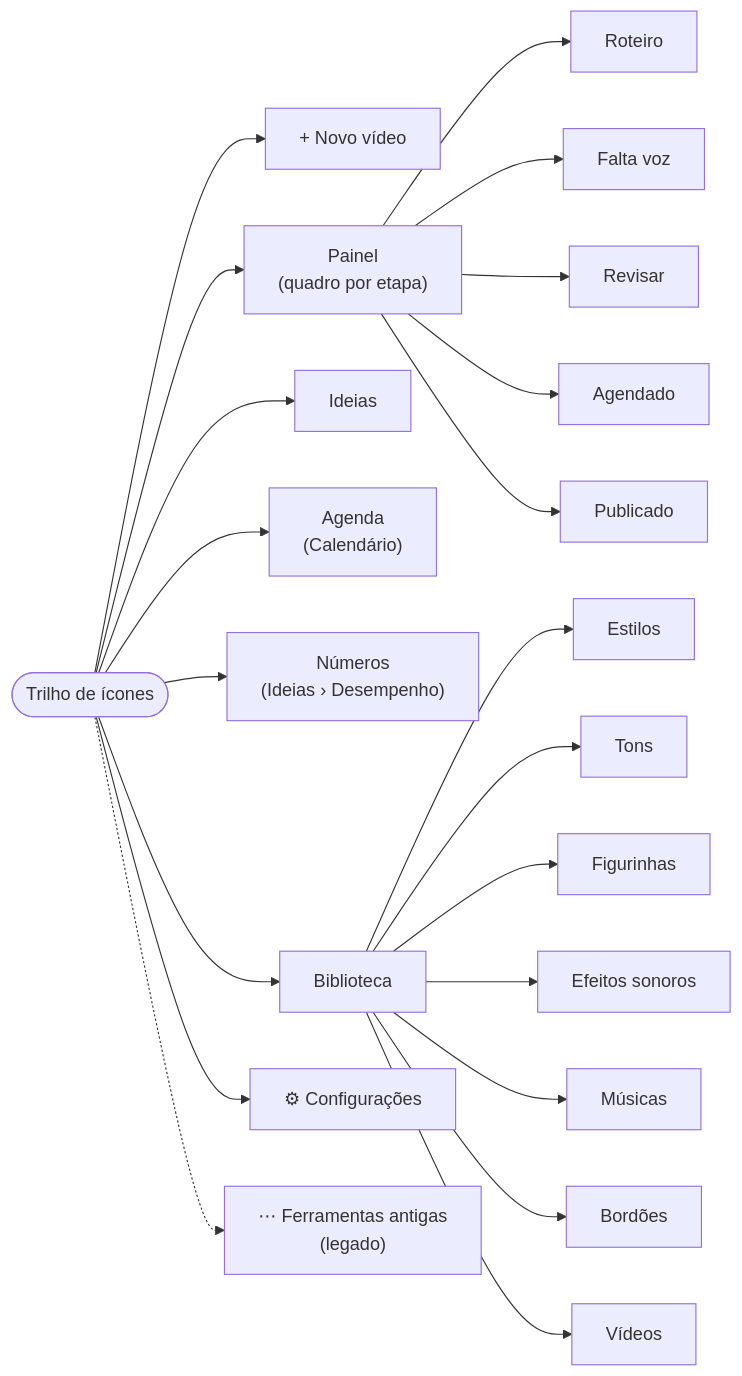
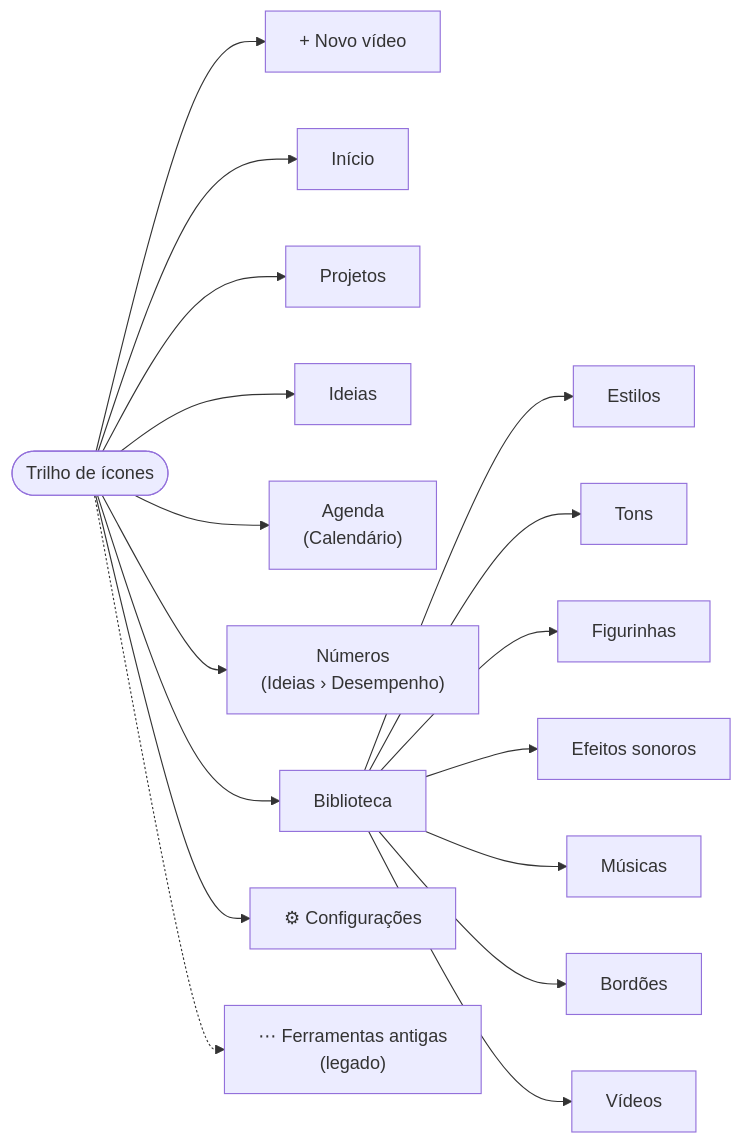
The diagram in docs/diagramas/03-outras-telas.mmd (Edugiyuu/InstaSearch), drawn with Mermaid before and after one commit. The commit also changed 18 other files, not shown here.

First line of the commit message:
revert: Painel desfeito, Início e Projetos de volta (ADR 0038, adendo)

```diff
--- a/docs/diagramas/03-outras-telas.mmd
+++ b/docs/diagramas/03-outras-telas.mmd
@@ -1,11 +1,11 @@
 flowchart LR
     MENU(["Trilho de ícones"]) --> NOVO["+ Novo vídeo"]
-    MENU --> PAINEL["Painel<br/>(quadro por etapa)"]
+    MENU --> HOME["Início"]
+    MENU --> PROJ["Projetos"]
     MENU --> IDEIAS["Ideias"]
     MENU --> CAL["Agenda<br/>(Calendário)"]
     MENU --> NUM["Números<br/>(Ideias › Desempenho)"]
     MENU --> BIB["Biblioteca"]
     MENU --> CFG["⚙ Configurações"]
     MENU -.-> OLD["⋯ Ferramentas antigas<br/>(legado)"]
-    PAINEL --> C2["Roteiro"] & C3["Falta voz"] & C4["Revisar"] & C5["Agendado"] & C6["Publicado"]
     BIB --> EST["Estilos"] & B7["Tons"] & B3["Figurinhas"] & B4["Efeitos sonoros"] & B5["Músicas"] & B6["Bordões"] & B2["Vídeos"]
```
